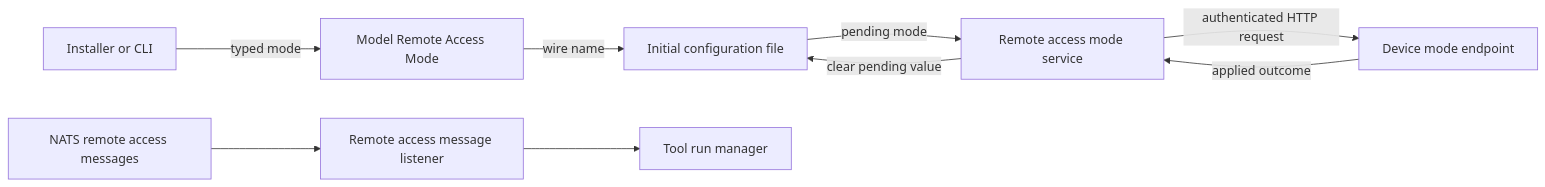
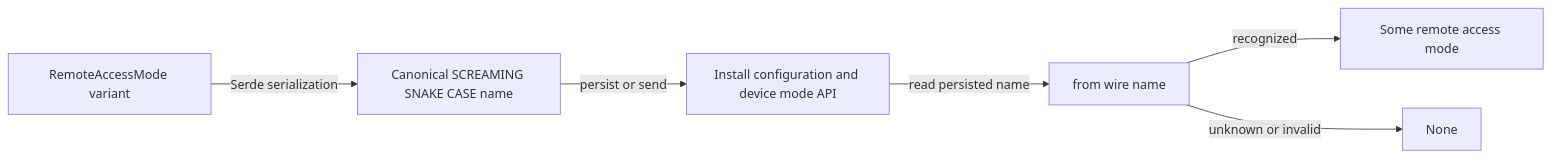
Before and after one commit to flamingo-stack/openframe-oss-tenant: the first of 4 diagrams in docs/reference/architecture/openframe-client-core/model-remote-access-mode/model-remote-access-mode.md, drawn with Mermaid. The commit also changed other lines of this file and 2377 other files, not shown here.

````diff
--- a/docs/reference/architecture/openframe-client-core/model-remote-access-mode/model-remote-access-mode.md
+++ b/docs/reference/architecture/openframe-client-core/model-remote-access-mode/model-remote-access-mode.md
@@ -36,11 +44,8 @@
 ```mermaid
 flowchart LR
-    Installer["Installer or CLI"] -->|"typed mode"| Model["Model Remote Access Mode"]
-    Model -->|"wire name"| InitialConfig["Initial configuration file"]
-    InitialConfig -->|"pending mode"| ModeService["Remote access mode service"]
-    ModeService -->|"authenticated HTTP request"| DeviceEndpoint["Device mode endpoint"]
-    DeviceEndpoint -->|"applied outcome"| ModeService
-    ModeService -->|"clear pending value"| InitialConfig
-    Nats["NATS remote access messages"] --> Listener["Remote access message listener"]
-    Listener --> Tools["Tool run manager"]
+    Variant["RemoteAccessMode variant"] -->|"Serde serialization"| WireName["Canonical SCREAMING SNAKE CASE name"]
+    WireName -->|"persist or send"| ConfigAndApi["Install configuration and device mode API"]
+    ConfigAndApi -->|"read persisted name"| Parser["from wire name"]
+    Parser -->|"recognized"| KnownMode["Some remote access mode"]
+    Parser -->|"unknown or invalid"| UnknownMode["None"]
 ```
````
